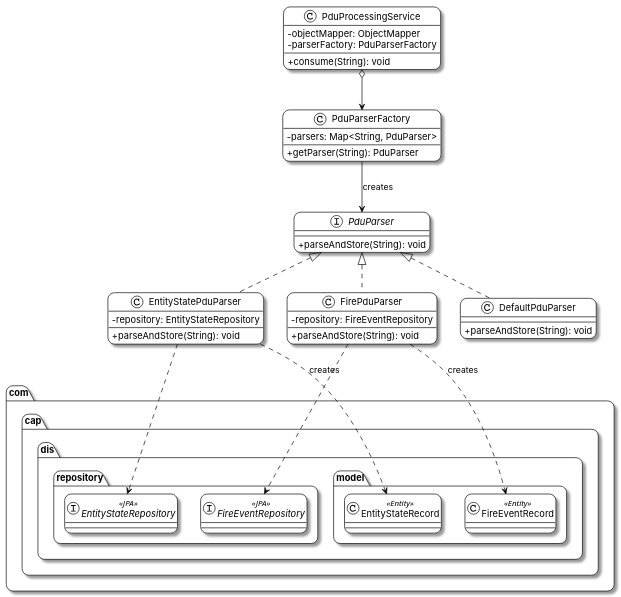
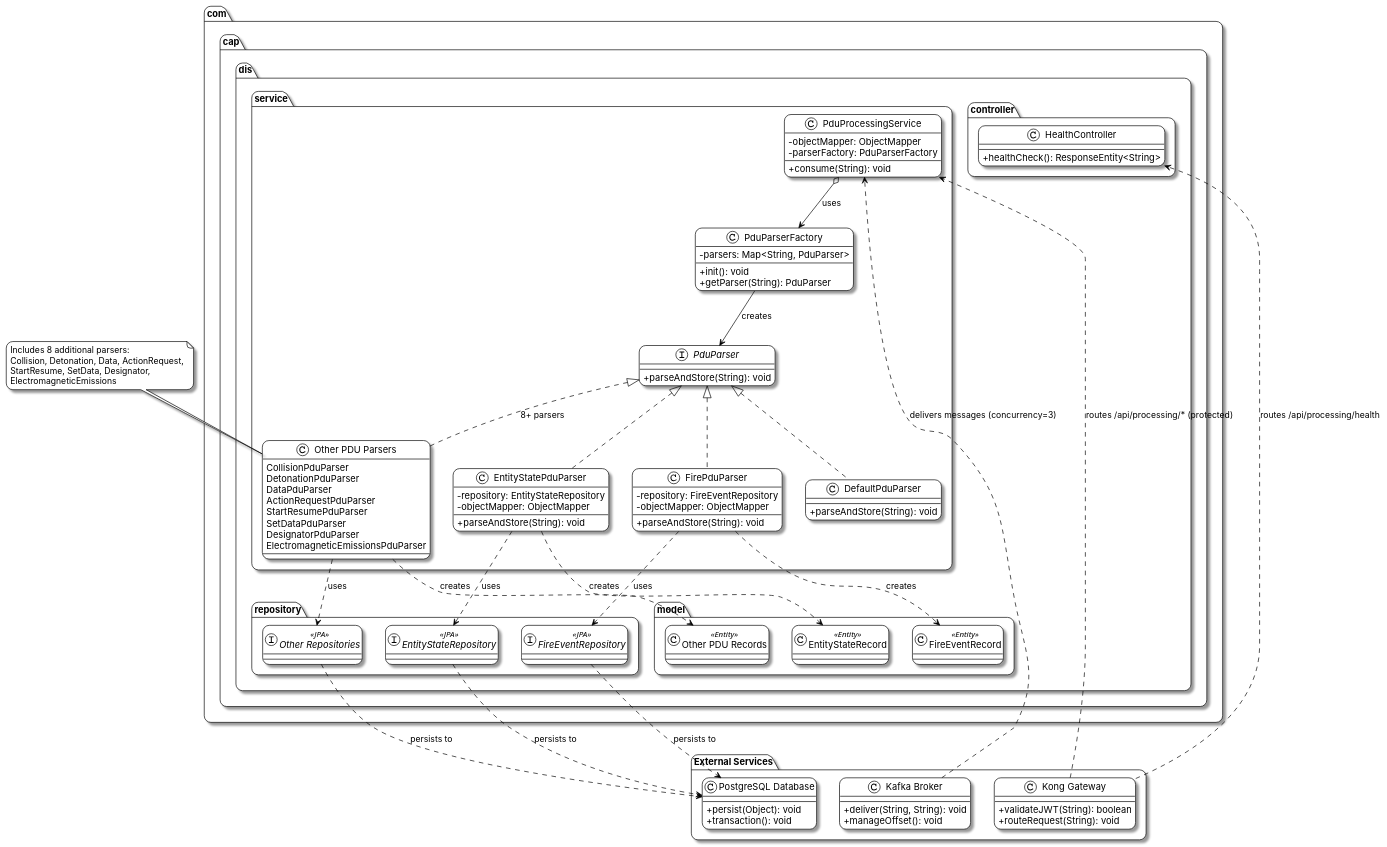
Before and after one commit to NUS-ISS-Projects/cap-backend-k8s: the diagram in pumls_mermaids/dataProcessing_uml.puml, drawn with PlantUML. The commit also changed 46 other files, not shown here.

First line of the commit message:
docs: add architecture diagrams and documentation

```diff
--- a/pumls_mermaids/dataProcessing_uml.puml
+++ b/pumls_mermaids/dataProcessing_uml.puml
@@ -1,61 +1,117 @@
 @startuml
 !theme plain
 skinparam classAttributeIconSize 0
 skinparam shadowing true
 skinparam roundcorner 20
 skinparam defaultFontName "Inter"
 
-interface PduParser {
-  + parseAndStore(String): void
+package "com.cap.dis.controller" {
+    class HealthController {
+        + healthCheck(): ResponseEntity<String>
+    }
 }
 
-class PduParserFactory {
-  - parsers: Map<String, PduParser>
-  + getParser(String): PduParser
-}
+package "com.cap.dis.service" {
+    interface PduParser {
+        + parseAndStore(String): void
+    }
 
-class PduProcessingService {
-  - objectMapper: ObjectMapper
-  - parserFactory: PduParserFactory
-  + consume(String): void
-}
+    class PduParserFactory {
+        - parsers: Map<String, PduParser>
+        + init(): void
+        + getParser(String): PduParser
+    }
 
-class EntityStatePduParser {
-  - repository: EntityStateRepository
-  + parseAndStore(String): void
-}
+    class PduProcessingService {
+        - objectMapper: ObjectMapper
+        - parserFactory: PduParserFactory
+        + consume(String): void
+    }
 
-class FirePduParser {
-  - repository: FireEventRepository
-  + parseAndStore(String): void
-}
+    ' Key PDU Parsers (showing main types)
+    class EntityStatePduParser {
+        - repository: EntityStateRepository
+        - objectMapper: ObjectMapper
+        + parseAndStore(String): void
+    }
 
-class DefaultPduParser {
-  + parseAndStore(String): void
+    class FirePduParser {
+        - repository: FireEventRepository
+        - objectMapper: ObjectMapper
+        + parseAndStore(String): void
+    }
+
+    class "Other PDU Parsers" as OtherParsers {
+        CollisionPduParser
+        DetonationPduParser
+        DataPduParser
+        ActionRequestPduParser
+        StartResumePduParser
+        SetDataPduParser
+        DesignatorPduParser
+        ElectromagneticEmissionsPduParser
+    }
+
+    class DefaultPduParser {
+        + parseAndStore(String): void
+    }
 }
 
 package "com.cap.dis.repository" {
     interface EntityStateRepository <<JPA>>
     interface FireEventRepository <<JPA>>
+    interface "Other Repositories" as OtherRepos <<JPA>>
 }
 
 package "com.cap.dis.model" {
     class EntityStateRecord <<Entity>>
     class FireEventRecord <<Entity>>
+    class "Other PDU Records" as OtherRecords <<Entity>>
 }
 
+package "External Services" {
+    class "Kong Gateway" as Kong {
+        + validateJWT(String): boolean
+        + routeRequest(String): void
+    }
+    class "Kafka Broker" as KafkaBroker {
+        + deliver(String, String): void
+        + manageOffset(): void
+    }
+    class "PostgreSQL Database" as PostgreSQL {
+        + persist(Object): void
+        + transaction(): void
+    }
+}
 
-PduProcessingService o--> PduParserFactory
+' Core relationships
+PduProcessingService o--> PduParserFactory : uses
 PduParserFactory --> PduParser : creates
 
+' Parser implementations
 PduParser <|.. EntityStatePduParser
 PduParser <|.. FirePduParser
+PduParser <|.. OtherParsers : 8+ parsers
 PduParser <|.. DefaultPduParser
 
-EntityStatePduParser ..> EntityStateRepository
-FirePduParser ..> FireEventRepository
+' Repository relationships
+EntityStatePduParser ..> EntityStateRepository : uses
+FirePduParser ..> FireEventRepository : uses
+OtherParsers ..> OtherRepos : uses
 
+' Entity creation relationships
 EntityStatePduParser ..> EntityStateRecord : creates
 FirePduParser ..> FireEventRecord : creates
+OtherParsers ..> OtherRecords : creates
+
+' External integrations
+Kong ..> HealthController : routes /api/processing/health
+Kong ..> PduProcessingService : routes /api/processing/* (protected)
+KafkaBroker ..> PduProcessingService : delivers messages (concurrency=3)
+EntityStateRepository ..> PostgreSQL : persists to
+FireEventRepository ..> PostgreSQL : persists to
+OtherRepos ..> PostgreSQL : persists to
+
+note top of OtherParsers : Includes 8 additional parsers:\nCollision, Detonation, Data, ActionRequest,\nStartResume, SetData, Designator,\nElectromagneticEmissions
 
 @enduml
```
